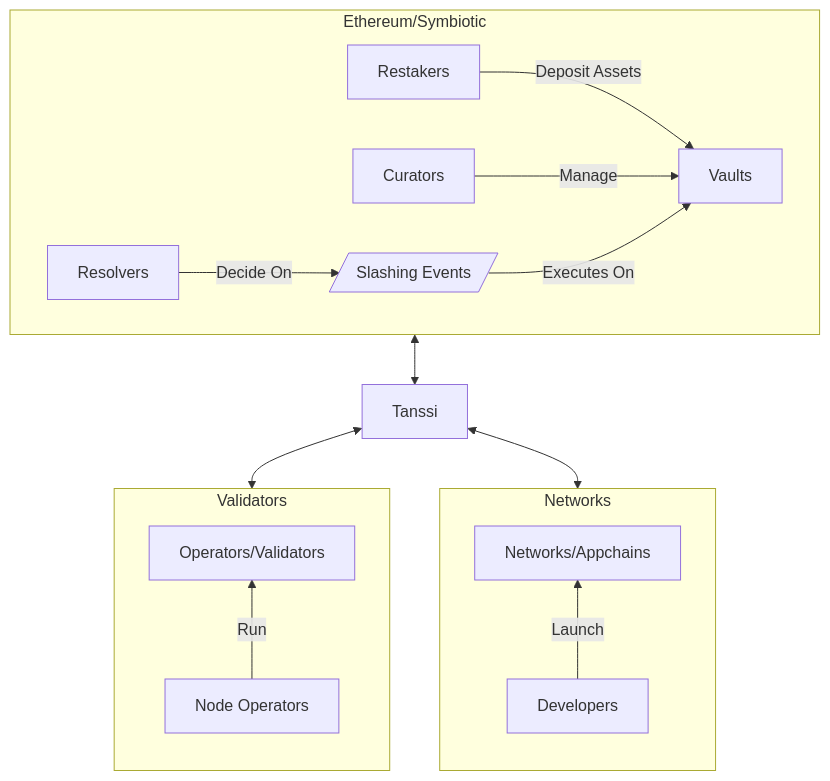
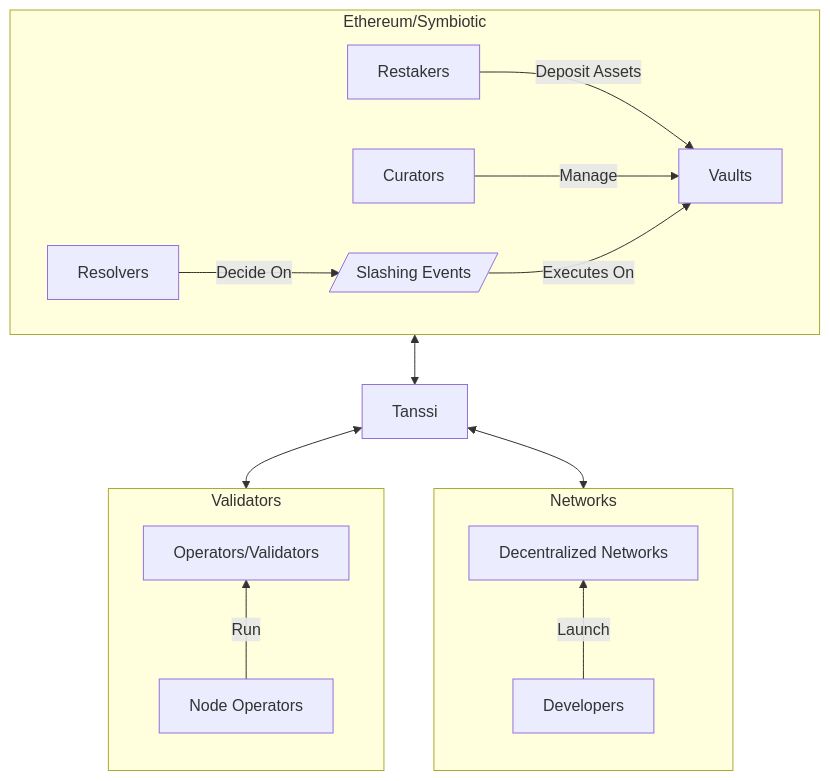
One commit to moondance-labs/tanssi-docs changed the first of 2 diagrams in learn/tanssi/external-security-providers/symbiotic.md. Above: the diagram before and after it, drawn with Mermaid. The commit also changed other lines of this file and 5 other files, not shown here.

````diff
--- a/learn/tanssi/external-security-providers/symbiotic.md
+++ b/learn/tanssi/external-security-providers/symbiotic.md
@@ -22,31 +22,31 @@
 ```mermaid
 flowchart TD
     %% Vaults subgraph
     subgraph Ethereum["Ethereum/Symbiotic"]
         slash[/Slashing Events/]
         Restakers -- Deposit Assets --> Vaults
         Curators -- Manage --> Vaults
         Resolvers -- Decide On --> slash
         slash -- Executes On --> Vaults
     end
 
     %% Validators subgraph
     subgraph Validators
         direction BT
         validators["Operators/Validators"]
         operators["Node Operators"]
         operators -- Run --> validators
     end
 
     %% Networks subgraph
     subgraph Networks
         direction BT
         developers["Developers"]
-        networks["Networks/Appchains"]
+        networks["Decentralized Networks"]
         developers -- Launch --> networks
     end
 
     Ethereum  <--> Tanssi
     Tanssi <--> Validators
     Tanssi <--> Networks
 ```
````
